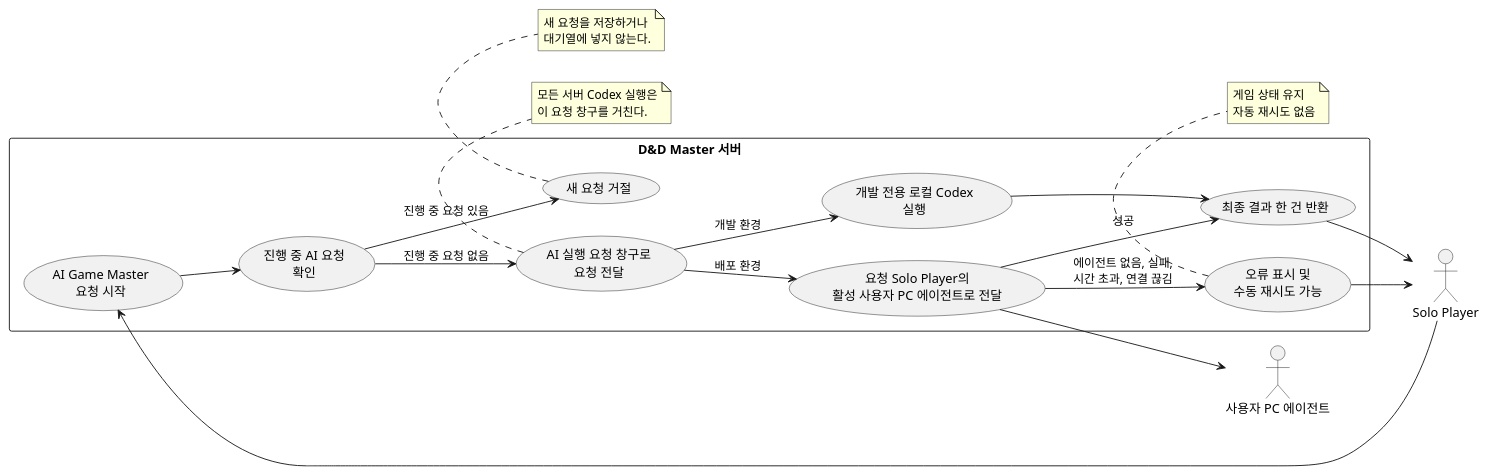
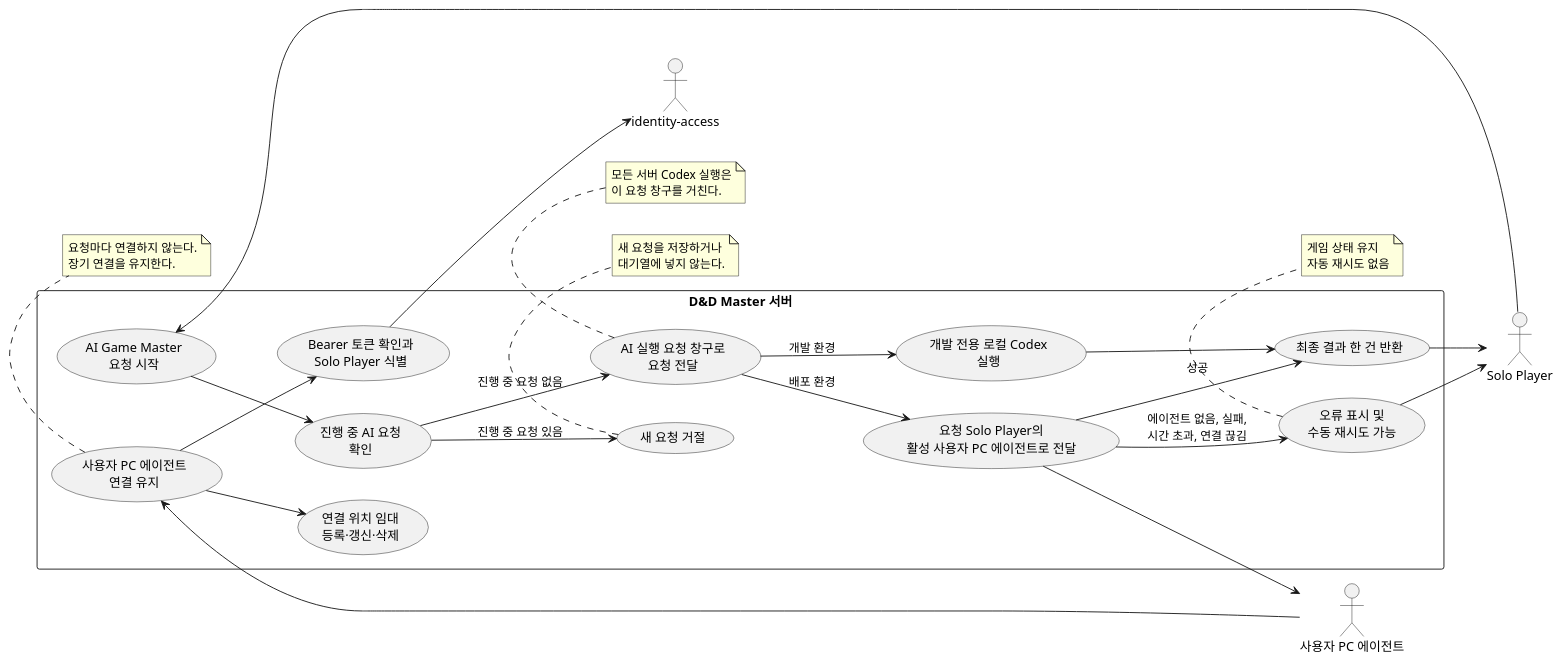
The diagram in docs/specs/remote-codex-agent-port/diagrams/product/UC-01.usecase.puml (omegafrog/dnd-master), drawn with PlantUML before and after one commit. The commit also changed 13 other files, not shown here.

Commit message:
docs(remote-agent): align specs with implemented relay flow

```diff
--- a/docs/specs/remote-codex-agent-port/diagrams/product/UC-01.usecase.puml
+++ b/docs/specs/remote-codex-agent-port/diagrams/product/UC-01.usecase.puml
@@ -1,47 +1,60 @@
 @startuml
 ' UC-01 AI Game Master 요청 실행
 left to right direction
 skinparam shadowing false
 
 actor "Solo Player" as player
 actor "사용자 PC 에이전트" as agent
+actor "identity-access" as identity
 
 rectangle "D&D Master 서버" {
   usecase "AI Game Master\n요청 시작" as start
   usecase "진행 중 AI 요청\n확인" as pending
   usecase "새 요청 거절" as reject
   usecase "AI 실행 요청 창구로\n요청 전달" as boundary
   usecase "개발 전용 로컬 Codex\n실행" as local
   usecase "요청 Solo Player의\n활성 사용자 PC 에이전트로 전달" as remote
   usecase "최종 결과 한 건 반환" as result
   usecase "오류 표시 및\n수동 재시도 가능" as failure
+  usecase "사용자 PC 에이전트\n연결 유지" as keepAlive
+  usecase "Bearer 토큰 확인과\nSolo Player 식별" as authenticate
+  usecase "연결 위치 임대\n등록·갱신·삭제" as lease
 }
 
 player --> start
 start --> pending
 pending --> reject : 진행 중 요청 있음
 pending --> boundary : 진행 중 요청 없음
 boundary --> local : 개발 환경
 boundary --> remote : 배포 환경
 remote --> agent
 local --> result
 remote --> result : 성공
 remote --> failure : 에이전트 없음, 실패,\n시간 초과, 연결 끊김
 result --> player
 failure --> player
+agent --> keepAlive
+keepAlive --> authenticate
+authenticate --> identity
+keepAlive --> lease
 
 note bottom of boundary
   모든 서버 Codex 실행은
   이 요청 창구를 거친다.
 end note
 
 note bottom of failure
   게임 상태 유지
   자동 재시도 없음
 end note
 
 note bottom of reject
   새 요청을 저장하거나
   대기열에 넣지 않는다.
 end note
+
+note bottom of keepAlive
+요청마다 연결하지 않는다.
+장기 연결을 유지한다.
+end note
 @enduml
```
